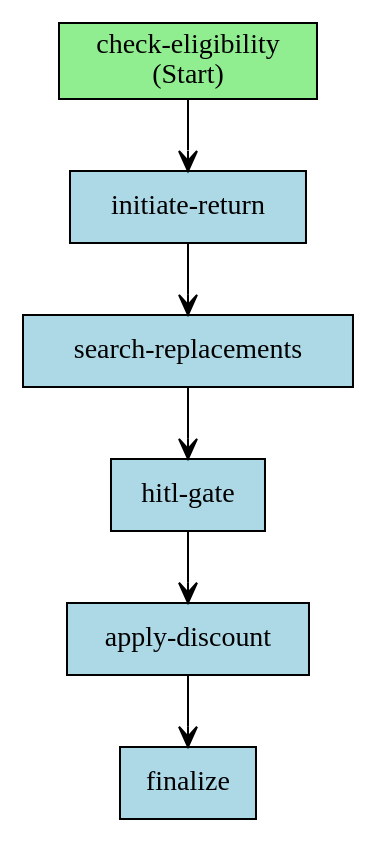
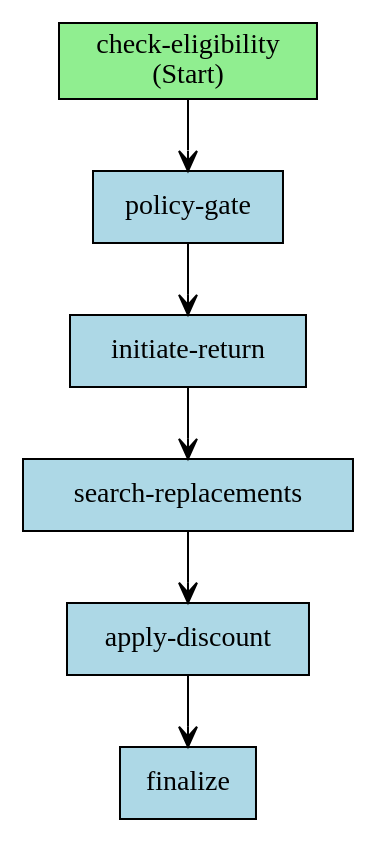
One commit to rakyma0228/eCommerce-agent changed the diagram in docs/workflows/return-replace.dot. Above: the diagram before and after it, drawn with Graphviz. The commit also changed 23 other files, not shown here.

```diff
--- a/docs/workflows/return-replace.dot
+++ b/docs/workflows/return-replace.dot
@@ -1,17 +1,17 @@
 digraph Workflow {
   rankdir=TD;
   node [shape=box, style=filled, fillcolor=lightblue];
   edge [color=black, arrowhead=vee];
 
   "check-eligibility" [fillcolor=lightgreen, label="check-eligibility\n(Start)"];
+  "policy-gate" [label="policy-gate"];
   "initiate-return" [label="initiate-return"];
   "search-replacements" [label="search-replacements"];
-  "hitl-gate" [label="hitl-gate"];
   "apply-discount" [label="apply-discount"];
   "finalize" [label="finalize"];
-  "check-eligibility" -> "initiate-return";
+  "check-eligibility" -> "policy-gate";
+  "policy-gate" -> "initiate-return";
   "initiate-return" -> "search-replacements";
-  "search-replacements" -> "hitl-gate";
-  "hitl-gate" -> "apply-discount";
+  "search-replacements" -> "apply-discount";
   "apply-discount" -> "finalize";
 }
```
